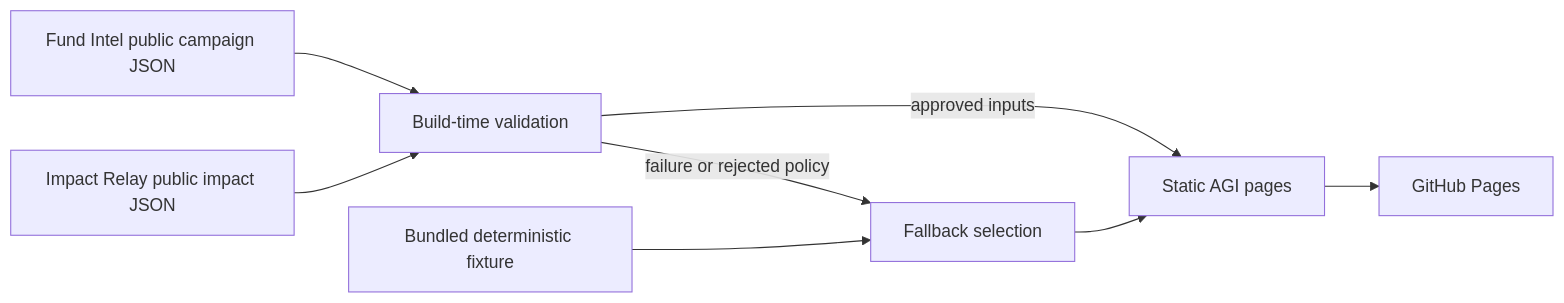
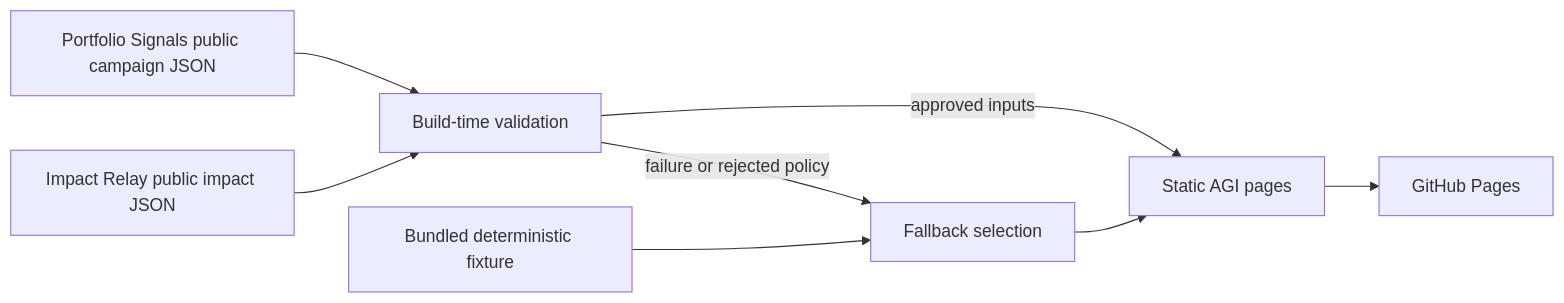
One commit to scrimshawlife-ctrl/Autonomous-Giving-Incorporated changed the diagram in docs/ARCHITECTURE.md. Above: the diagram before and after it, drawn with Mermaid. The commit also changed other lines of this file and 27 other files, not shown here.

First line of the commit message:
rename: Fund Intel → Portfolio Signals in suite UX and paths (#52)

````diff
--- a/docs/ARCHITECTURE.md
+++ b/docs/ARCHITECTURE.md
@@ -7,10 +7,10 @@
 ```mermaid
 flowchart LR
-  FI["Fund Intel public campaign JSON"] --> V["Build-time validation"]
+  FI["Portfolio Signals public campaign JSON"] --> V["Build-time validation"]
   IR["Impact Relay public impact JSON"] --> V
   FX["Bundled deterministic fixture"] --> F["Fallback selection"]
   V -->|"approved inputs"| P["Static AGI pages"]
   V -->|"failure or rejected policy"| F
   F --> P
   P --> GH["GitHub Pages"]
 ```
````
